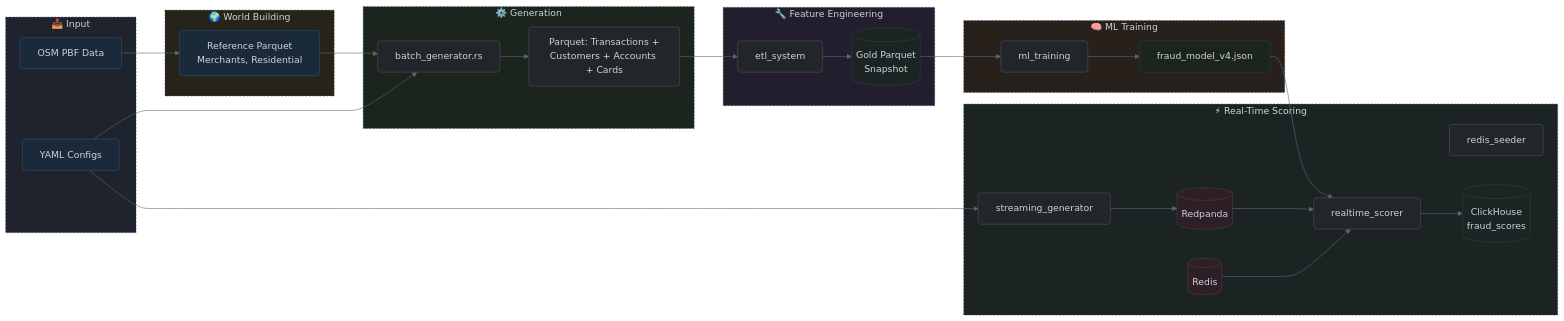
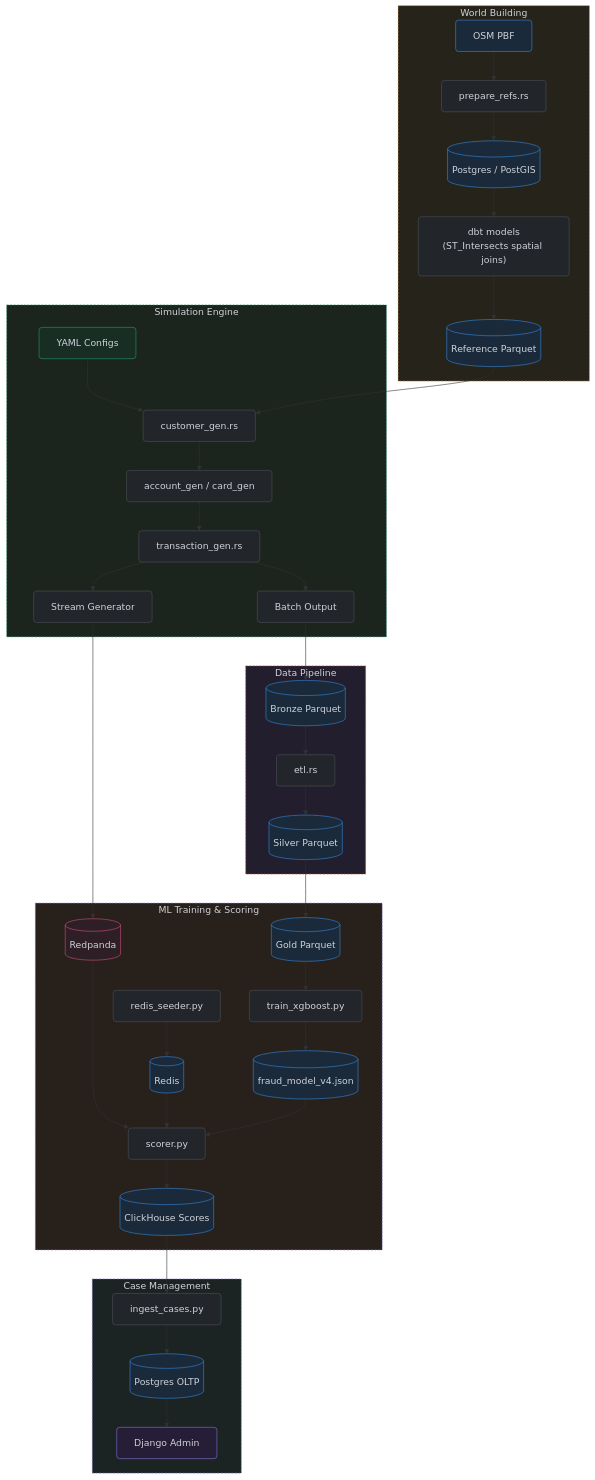
Before and after one commit to harshafaik/RiskFabric: the diagram in documentation/concepts_index.md, drawn with Mermaid. The commit also changed other lines of this file and 39 other files, not shown here.

````diff
--- a/documentation/concepts_index.md
+++ b/documentation/concepts_index.md
@@ -7,66 +7,45 @@
 ```mermaid
-%%{init: {
-  'themeVariables': {
-    'fontFamily': '"JetBrains Mono", monospace'
-  }
-}}%%
-flowchart LR
-    %% Node Class Definitions
-    classDef defaultNode fill:#22252a,stroke:#4d535b,stroke-width:1px,rx:5px,ry:5px,color:#cfd2d9;
-    classDef inputNode fill:#1b2a3a,stroke:#304e70,stroke-width:1px,rx:5px,ry:5px,color:#cfd2d9;
-    classDef dbNode fill:#1c2423,stroke:#2e403d,stroke-width:1px,rx:5px,ry:5px,color:#cfd2d9;
-
-    subgraph INPUT["📥 Input"]
-        OSM["OSM PBF Data"]:::inputNode
-        YAML["YAML Configs"]:::inputNode
+flowchart TB
+    classDef script fill:#22252a,stroke:#4d535b,stroke-width:1px,rx:5px,ry:5px,color:#cfd2d9
+    classDef store fill:#1b2a3a,stroke:#378ADD,stroke-width:1px,rx:5px,ry:5px,color:#cfd2d9
+    classDef config fill:#182d24,stroke:#1D9E75,stroke-width:1px,rx:5px,ry:5px,color:#cfd2d9
+    classDef stream fill:#2e1f26,stroke:#D4537E,stroke-width:1px,rx:5px,ry:5px,color:#cfd2d9
+    classDef ui fill:#251e36,stroke:#7F77DD,stroke-width:1px,rx:5px,ry:5px,color:#cfd2d9
+ 
+    subgraph WB["World Building"]
+        OSM["OSM PBF"]:::store --> PREP["prepare_refs.rs"]:::script --> PG[("Postgres / PostGIS")]:::store --> DBT["dbt models<br/>(ST_Intersects spatial joins)"]:::script --> REF[("Reference Parquet")]:::store
     end
-
-    subgraph WB["🌍 World Building"]
-        OSM --> REF["Reference Parquet<br/>Merchants, Residential"]:::defaultNode
+ 
+    subgraph SIM["Simulation Engine"]
+        YAML["YAML Configs"]:::config --> CUST["customer_gen.rs"]:::script --> ACC["account_gen / card_gen"]:::script --> TXN["transaction_gen.rs"]:::script
+        TXN --> BATCH["Batch Output"]:::script
+        TXN --> STREAM["Stream Generator"]:::script
     end
-
-    subgraph GEN["⚙️ Generation"]
-        YAML --> GEN_RS["batch_generator.rs"]:::defaultNode
-        REF --> GEN_RS
-        GEN_RS --> TXN_PQ["Parquet: Transactions +<br/>Customers + Accounts + Cards"]:::defaultNode
+ 
+    subgraph ETL["Data Pipeline"]
+        BRONZE[("Bronze Parquet")]:::store --> ET["etl.rs"]:::script --> SILVER[("Silver Parquet")]:::store
     end
-
-    subgraph FE["🔧 Feature Engineering"]
-        TXN_PQ --> ETL_RS["etl_system"]:::defaultNode
-        ETL_RS --> GOLD[("Gold Parquet\nSnapshot")]:::dbNode
+ 
+    subgraph ML["ML Training & Scoring"]
+        GOLD[("Gold Parquet")]:::store --> TRAIN["train_xgboost.py"]:::script --> MODEL[("fraud_model_v4.json")]:::store
+        STREAM --> KAFKA[("Redpanda")]:::stream --> SCORER["scorer.py"]:::script
+        SEED["redis_seeder.py"]:::script --> REDIS[("Redis")]:::store --> SCORER
+        MODEL --> SCORER
+        SCORER --> SCORES[("ClickHouse Scores")]:::store
     end
-
-    subgraph ML_TRAIN["🧠 ML Training"]
-        GOLD --> TRAIN_PY["ml_training"]:::defaultNode
-        TRAIN_PY --> MODEL["fraud_model_v4.json"]:::defaultNode
+ 
+    subgraph CM["Case Management"]
+        INGEST["ingest_cases.py"]:::script --> OLTP[("Postgres OLTP")]:::store --> DJANGO["Django Admin"]:::ui
     end
-
-    subgraph RT["⚡ Real-Time Scoring"]
-        YAML --> STREAM_RS["streaming_generator"]:::defaultNode
-        STREAM_RS --> KAFKA[("Redpanda")]:::dbNode
-        KAFKA --> SCORER_PY["realtime_scorer"]:::defaultNode
-        MODEL --> SCORER_PY
-        SEED_PY["redis_seeder"]:::defaultNode
-        REDIS[("Redis")]:::dbNode
-        REDIS --> SCORER_PY
-        SCORER_PY --> SCORES[("ClickHouse\nfraud_scores")]:::dbNode
-    end
-
-    %% Subgraph Styling
-    style INPUT fill:#1e232e,stroke:#333e54,stroke-width:1px,stroke-dasharray: 3 3,color:#cfd2d9;
-    style WB fill:#26231b,stroke:#474130,stroke-width:1px,stroke-dasharray: 3 3,color:#cfd2d9;
-    style GEN fill:#1c241e,stroke:#304033,stroke-width:1px,stroke-dasharray: 3 3,color:#cfd2d9;
-    style FE fill:#231e2d,stroke:#3f3354,stroke-width:1px,stroke-dasharray: 3 3,color:#cfd2d9;
-    style ML_TRAIN fill:#28201b,stroke:#4c392c,stroke-width:1px,stroke-dasharray: 3 3,color:#cfd2d9;
-    style RT fill:#1c2423,stroke:#2e403d,stroke-width:1px,stroke-dasharray: 3 3,color:#cfd2d9;
-
-    %% Node Specific Styling Override to match theme
-    style REF fill:#1b2a3a,stroke:#304e70,stroke-width:1px,color:#cfd2d9;
-    style GOLD fill:#1c2423,stroke:#2e403d,stroke-width:1px,color:#cfd2d9;
-    style MODEL fill:#1c241e,stroke:#304033,stroke-width:1px,color:#cfd2d9;
-    style REDIS fill:#2e1f26,stroke:#573a46,stroke-width:1px,color:#cfd2d9;
-    style KAFKA fill:#2e1f26,stroke:#573a46,stroke-width:1px,color:#cfd2d9;
-    style SCORES fill:#1c2423,stroke:#2e403d,stroke-width:1px,color:#cfd2d9;
-
-    linkStyle default stroke-width:1px,stroke:#5c687a
+ 
+    REF --> CUST
+    BATCH --> BRONZE
+    SILVER --> GOLD
+    SCORES --> INGEST
+ 
+    style WB fill:#26231b,stroke:#EF9F27,stroke-width:1px,stroke-dasharray: 3 3,color:#cfd2d9
+    style SIM fill:#1c241e,stroke:#1D9E75,stroke-width:1px,stroke-dasharray: 3 3,color:#cfd2d9
+    style ML fill:#28201b,stroke:#7F77DD,stroke-width:1px,stroke-dasharray: 3 3,color:#cfd2d9
+    style ETL fill:#231e2d,stroke:#D85A30,stroke-width:1px,stroke-dasharray: 3 3,color:#cfd2d9
+    style CM fill:#1c2423,stroke:#7F77DD,stroke-width:1px,stroke-dasharray: 3 3,color:#cfd2d9
 ```
````
